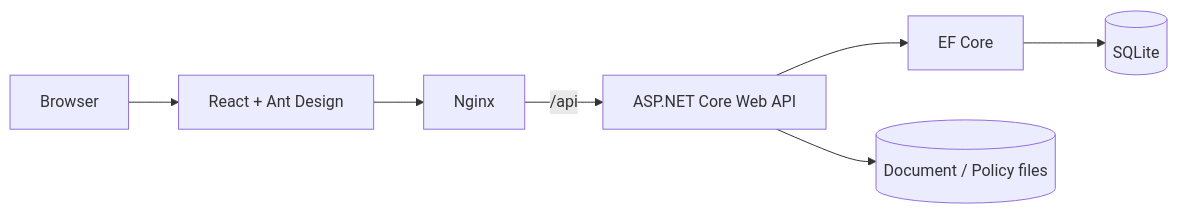
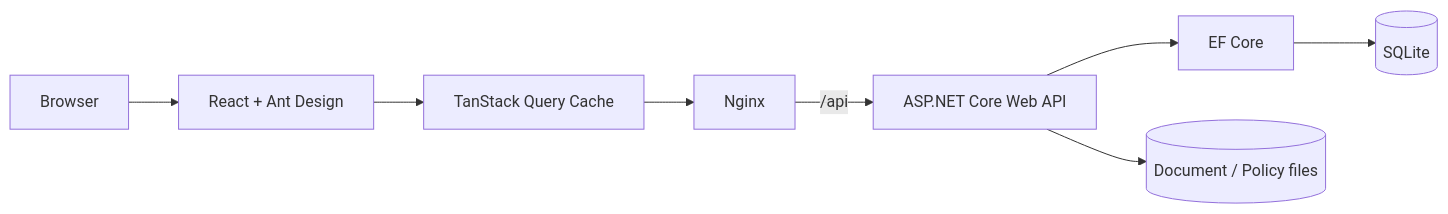
The diagram in README.md (isbrian/Car-insurance-template-public), drawn with Mermaid before and after one commit. The commit also changed other lines of this file, not shown here.

````diff
--- a/README.md
+++ b/README.md
@@ -43,9 +45,10 @@
 ```mermaid
 flowchart LR
     U[Browser] --> W[React + Ant Design]
-    W --> N[Nginx]
+    W --> Q[TanStack Query Cache]
+    Q --> N[Nginx]
     N -->|/api| A[ASP.NET Core Web API]
     A --> E[EF Core]
     E --> D[(SQLite)]
     A --> F[(Document / Policy files)]
 ```
````
